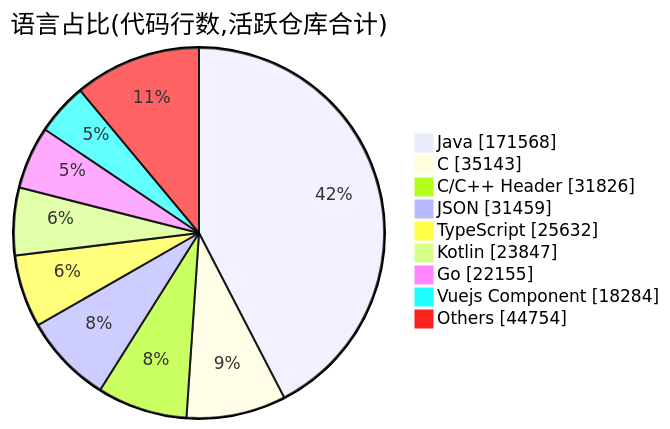
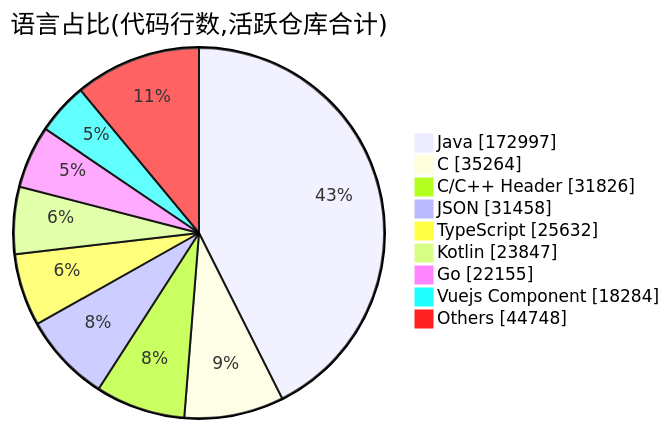
Before and after one commit to Conflux-Union/.github: the second of 2 diagrams in profile/README.md, drawn with Mermaid. The commit also changed other lines of this file and 1 other file, not shown here.

````diff
--- a/profile/README.md
+++ b/profile/README.md
@@ -83,13 +83,13 @@
 ```mermaid
 pie showData
     title 语言占比(代码行数,活跃仓库合计)
-    "Java" : 171568
-    "C" : 35143
+    "Java" : 172997
+    "C" : 35264
     "C/C++ Header" : 31826
-    "JSON" : 31459
+    "JSON" : 31458
     "TypeScript" : 25632
     "Kotlin" : 23847
     "Go" : 22155
     "Vuejs Component" : 18284
-    "Others" : 44754
+    "Others" : 44748
 ```
````
